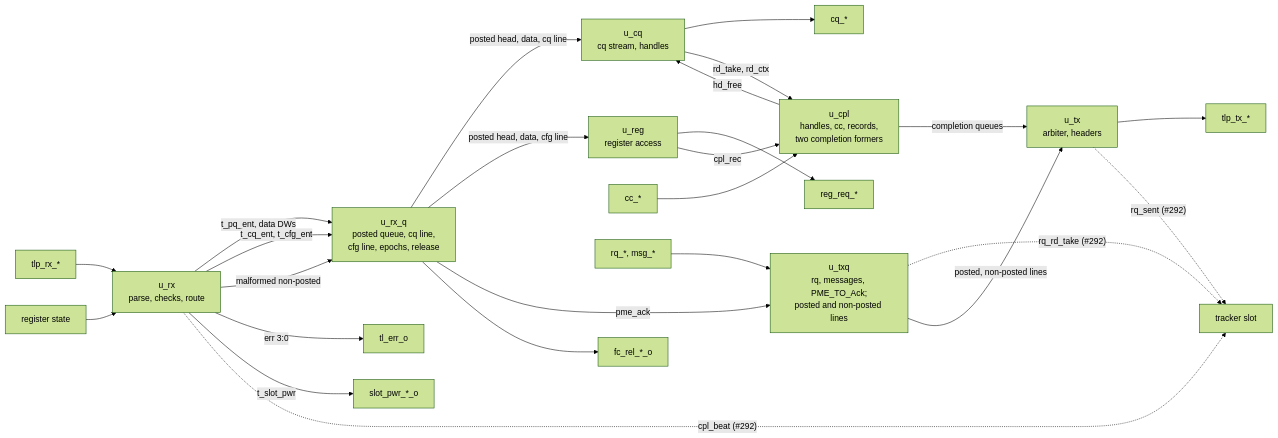
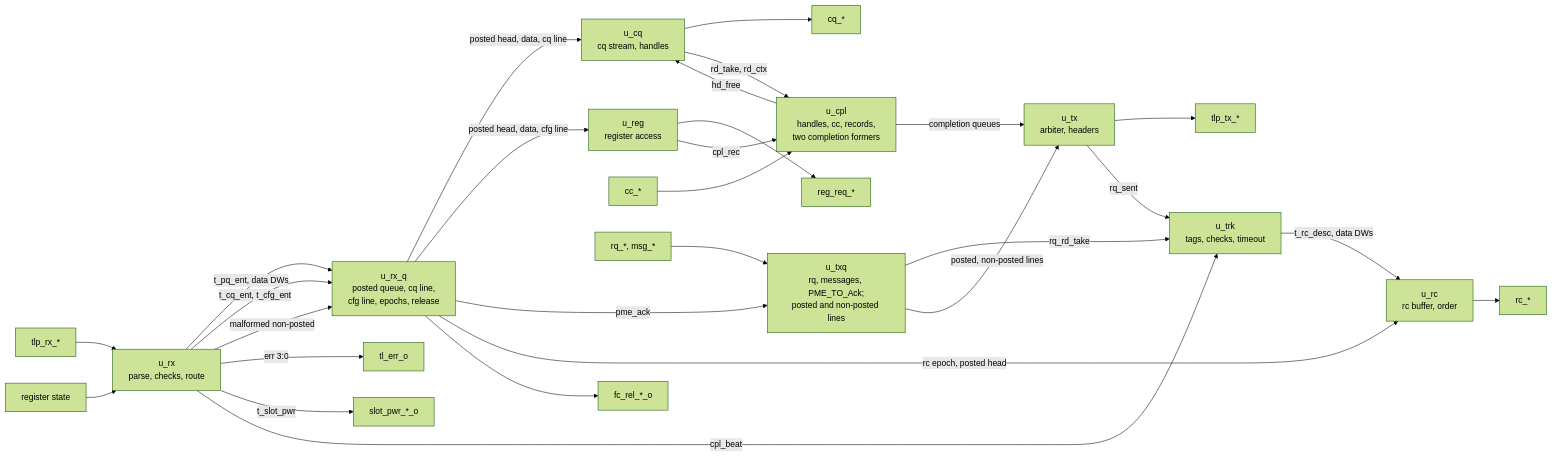
Before and after one commit to amichai-bd/pcie-factory: the diagram in wiki/src/rtl/tl/MAS.md, drawn with Mermaid (forest theme). The commit also changed other lines of this file and 20 other files, not shown here.

````diff
--- a/wiki/src/rtl/tl/MAS.md
+++ b/wiki/src/rtl/tl/MAS.md
@@ -19,27 +19,30 @@
 ```mermaid
 flowchart LR
   rx_in["tlp_rx_*"] --> rx["u_rx<br/>parse, checks, route"]
   st["register state"] --> rx
   rx -- "t_pq_ent, data DWs" --> q["u_rx_q<br/>posted queue, cq line,<br/>cfg line, epochs, release"]
   rx -- "t_cq_ent, t_cfg_ent" --> q
   rx -- "malformed non-posted" --> q
   rx -- "err 3:0" --> err["tl_err_o"]
   rx -- "t_slot_pwr" --> spl["slot_pwr_*_o"]
-  rx -. "cpl_beat (#292)" .-> trk["tracker slot"]
+  rx -- "cpl_beat" --> trk["u_trk<br/>tags, checks, timeout"]
   q -- "posted head, data, cq line" --> cq["u_cq<br/>cq stream, handles"]
   q -- "posted head, data, cfg line" --> reg["u_reg<br/>register access"]
   cq --> cq_out["cq_*"]
   cq -- "rd_take, rd_ctx" --> cpl["u_cpl<br/>handles, cc, records,<br/>two completion formers"]
   cpl -- "hd_free" --> cq
   cc_in["cc_*"] --> cpl
   reg --> reg_out["reg_req_*"]
   reg -- "cpl_rec" --> cpl
   q -- "pme_ack" --> txq["u_txq<br/>rq, messages, PME_TO_Ack;<br/>posted and non-posted lines"]
   rq_in["rq_*, msg_*"] --> txq
-  txq -. "rq_rd_take (#292)" .-> trk
+  txq -- "rq_rd_take" --> trk
   cpl -- "completion queues" --> tx["u_tx<br/>arbiter, headers"]
   txq -- "posted, non-posted lines" --> tx
   tx --> tx_out["tlp_tx_*"]
-  tx -. "rq_sent (#292)" .-> trk
+  tx -- "rq_sent" --> trk
+  trk -- "t_rc_desc, data DWs" --> rc["u_rc<br/>rc buffer, order"]
+  q -- "rc epoch, posted head" --> rc
+  rc --> rc_out["rc_*"]
   q --> rel["fc_rel_*_o"]
 ```
````
